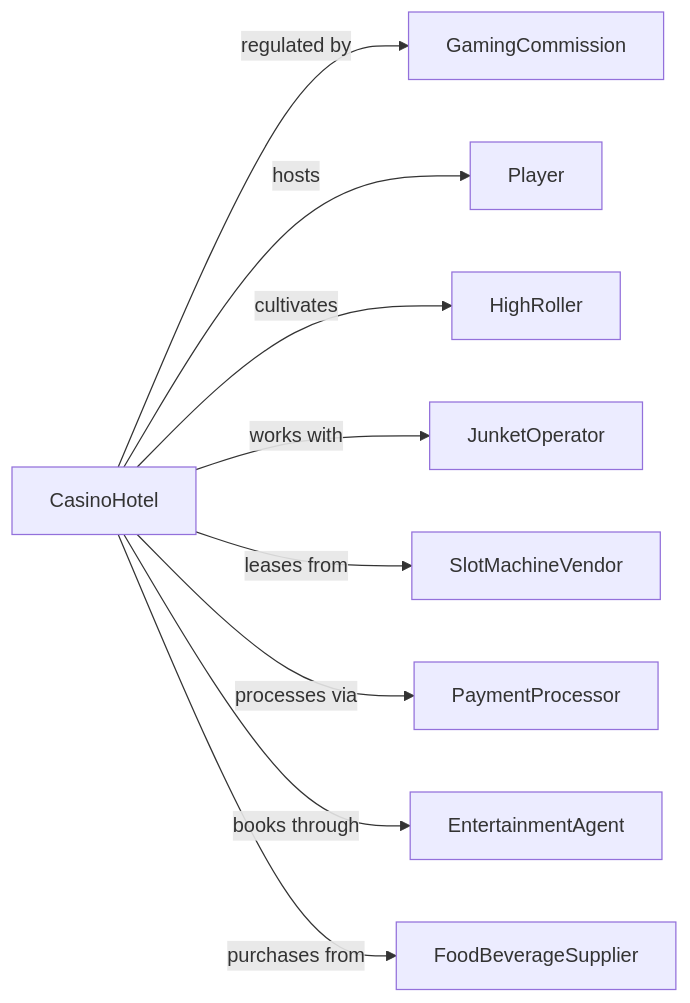
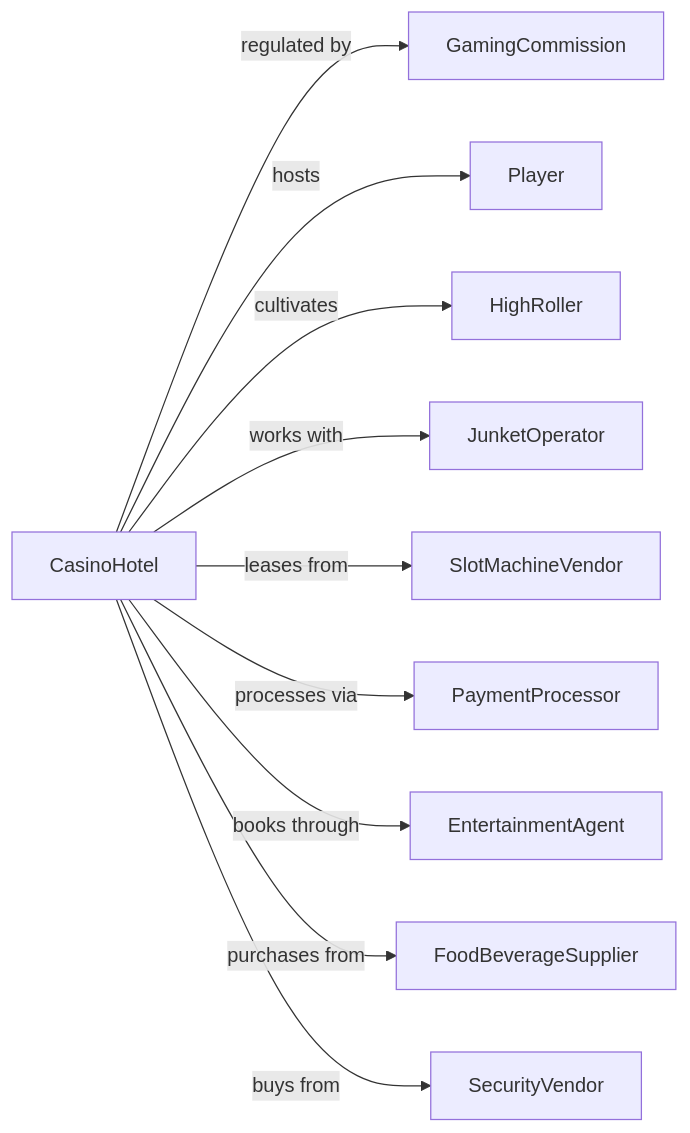
The second of 2 diagrams in Accommodation/Accommodation/TravelerAccommodation/CasinoHotels.mdx (dot-org-ai/industries.org.ai), drawn with Mermaid before and after one commit. The commit also changed other lines of this file and 588 other files, not shown here.

````diff
--- a/Accommodation/Accommodation/TravelerAccommodation/CasinoHotels.mdx
+++ b/Accommodation/Accommodation/TravelerAccommodation/CasinoHotels.mdx
@@ -138,13 +138,14 @@
 ```mermaid
 graph LR
     C[CasinoHotel]
 
     C -->|regulated by| GamingCommission
     C -->|hosts| Player
     C -->|cultivates| HighRoller
     C -->|works with| JunketOperator
     C -->|leases from| SlotMachineVendor
     C -->|processes via| PaymentProcessor
     C -->|books through| EntertainmentAgent
     C -->|purchases from| FoodBeverageSupplier
+    C -->|buys from| SecurityVendor
 ```
````
